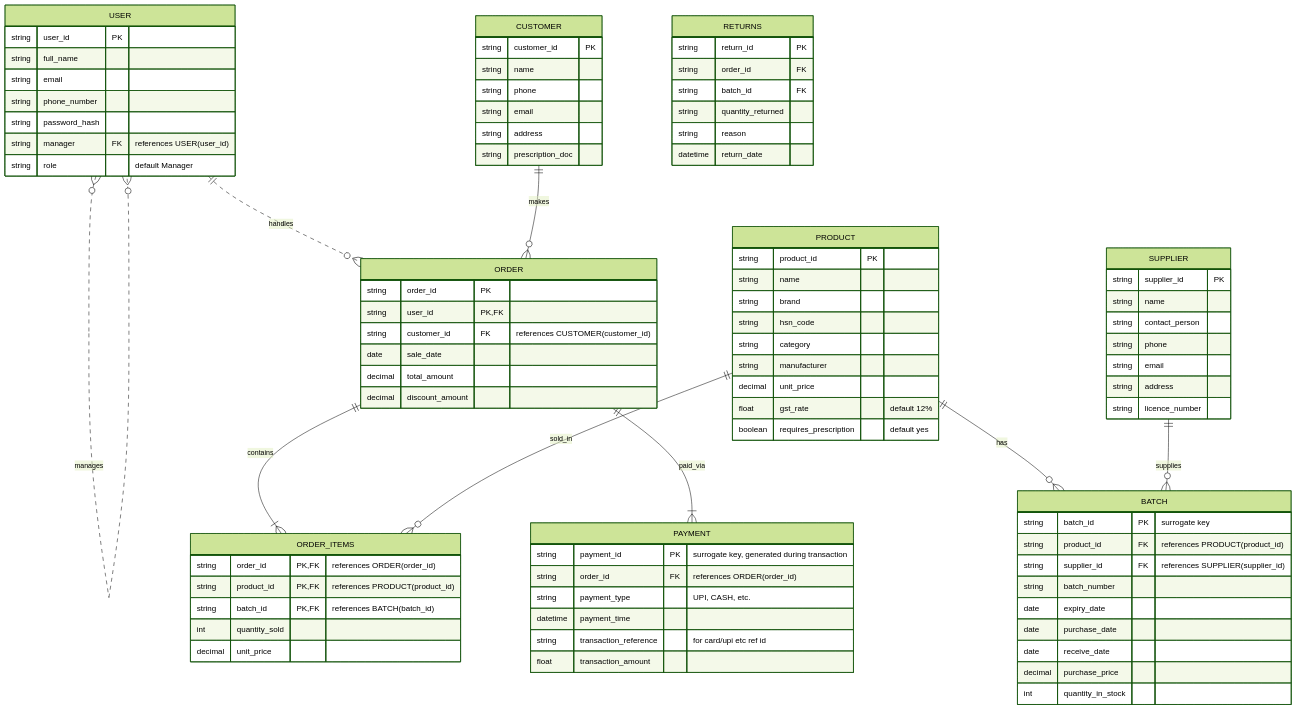
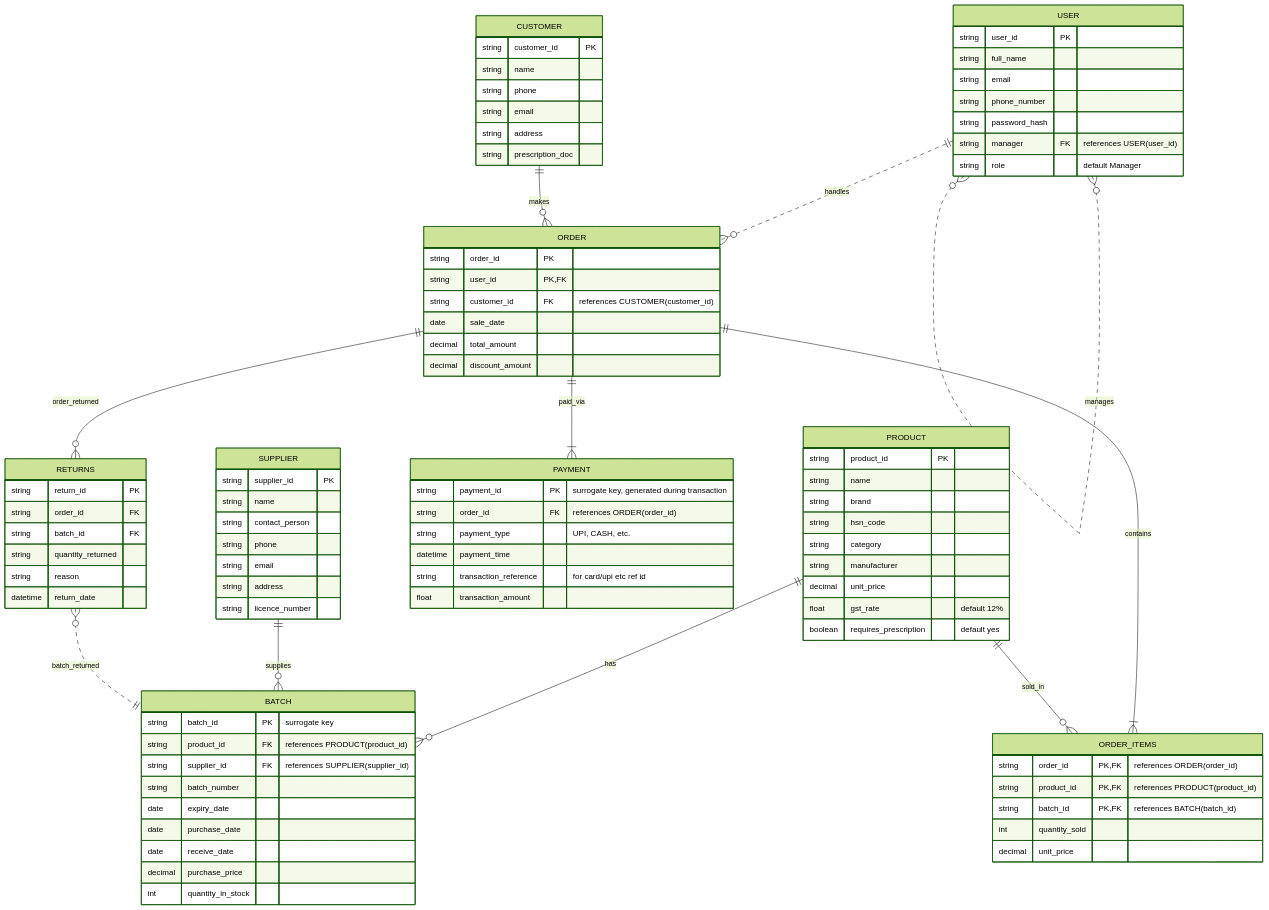
One commit to MET4L-DS/miniPharma changed the diagram in ER Diagram version 2.md. Above: the diagram before and after it, drawn with Mermaid (forest theme).

Commit message:
Update ER Diagram version 2.md

````diff
--- a/ER Diagram version 2.md
+++ b/ER Diagram version 2.md
@@ -96,4 +96,6 @@
     ORDER ||--|{ PAYMENT : paid_via
     PRODUCT ||--o{ ORDER_ITEMS : sold_in
     SUPPLIER ||--o{ BATCH : supplies
+    ORDER ||--o{ RETURNS : order_returned
+    RETURNS }o..|| BATCH : batch_returned
 ```
````
